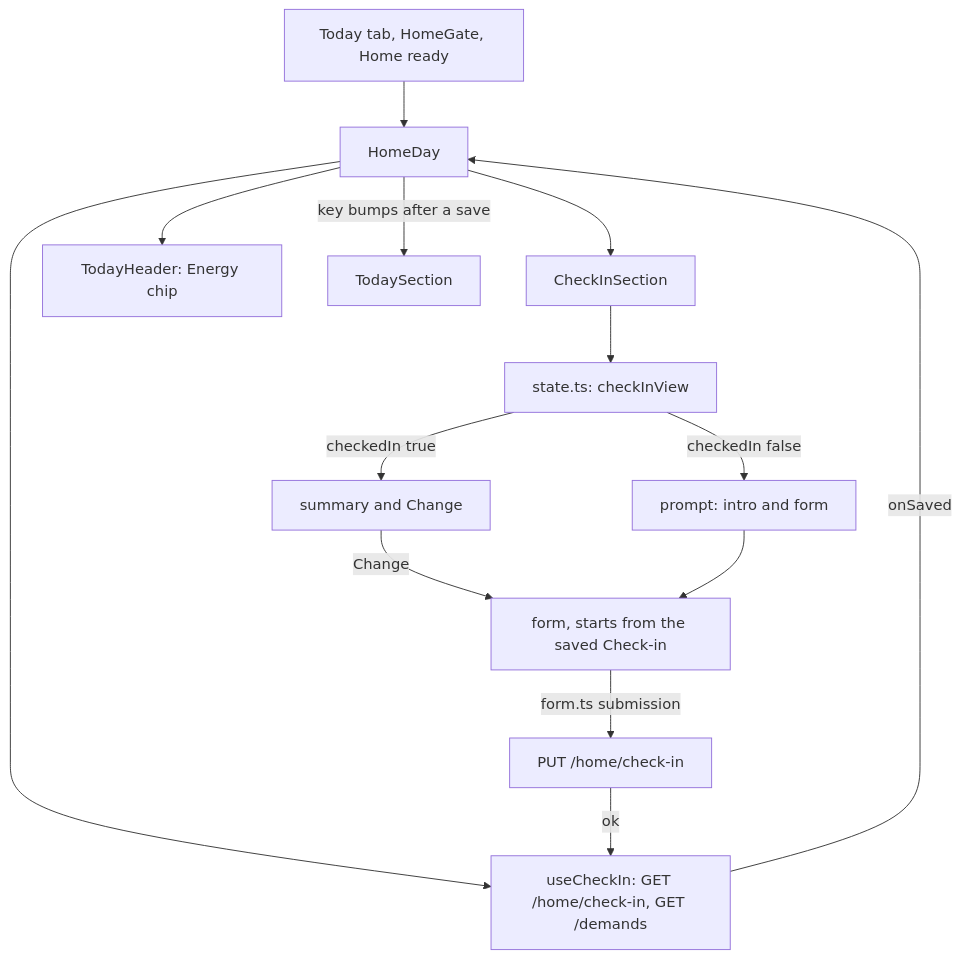
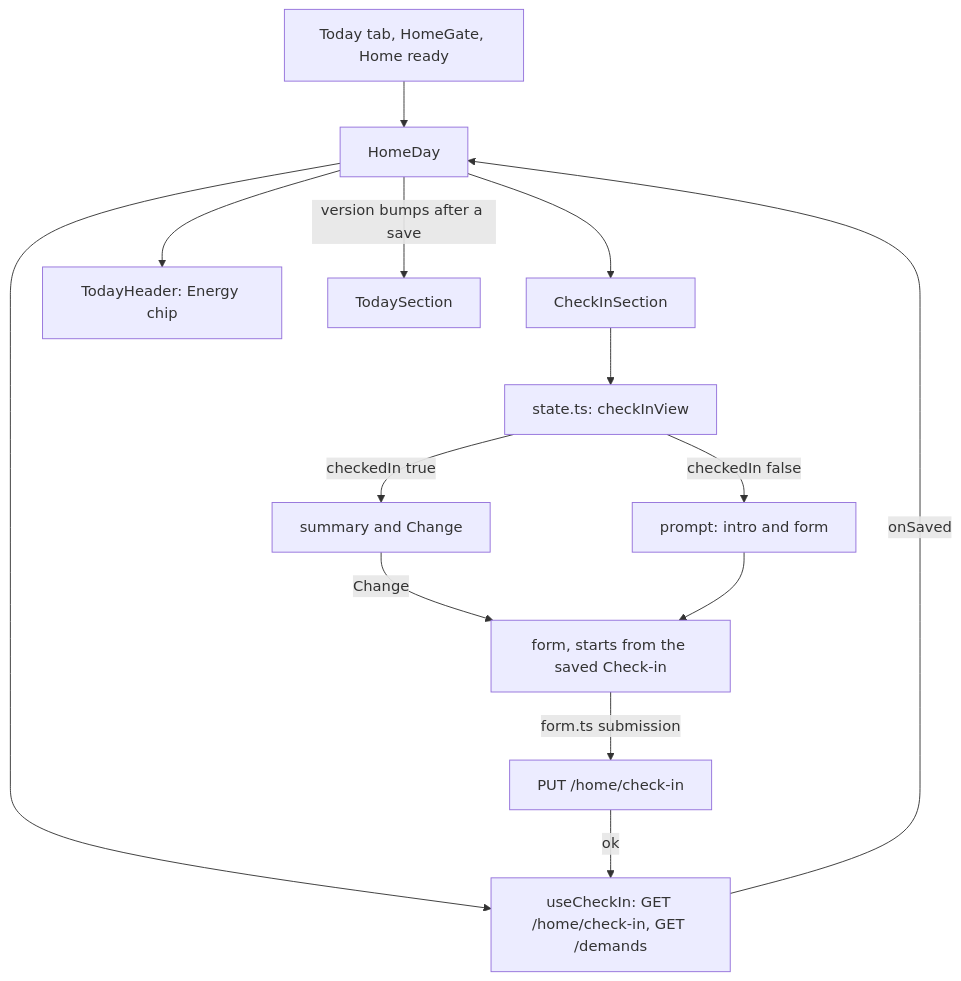
One commit to AbnerWillclefy/Homeowner changed the ninth of 10 diagrams in docs/architecture/web.md. Above: the diagram before and after it, drawn with Mermaid. The commit also changed other lines of this file and 10 other files, not shown here.

````diff
--- a/docs/architecture/web.md
+++ b/docs/architecture/web.md
@@ -337,16 +336,16 @@
 ```mermaid
 flowchart TD
     HS[Today tab, HomeGate, Home ready] --> HD[HomeDay]
     HD --> UC[useCheckIn: GET /home/check-in, GET /demands]
     HD --> CS[CheckInSection]
     HD --> TH[TodayHeader: Energy chip]
-    HD -->|key bumps after a save| TS[TodaySection]
+    HD -->|version bumps after a save| TS[TodaySection]
     CS --> V[state.ts: checkInView]
     V -->|checkedIn false| P[prompt: intro and form]
     V -->|checkedIn true| SUM[summary and Change]
     SUM -->|Change| F[form, starts from the saved Check-in]
     P --> F
     F -->|form.ts submission| PUT[PUT /home/check-in]
     PUT -->|ok| UC
     UC -->|onSaved| HD
 ```
````
